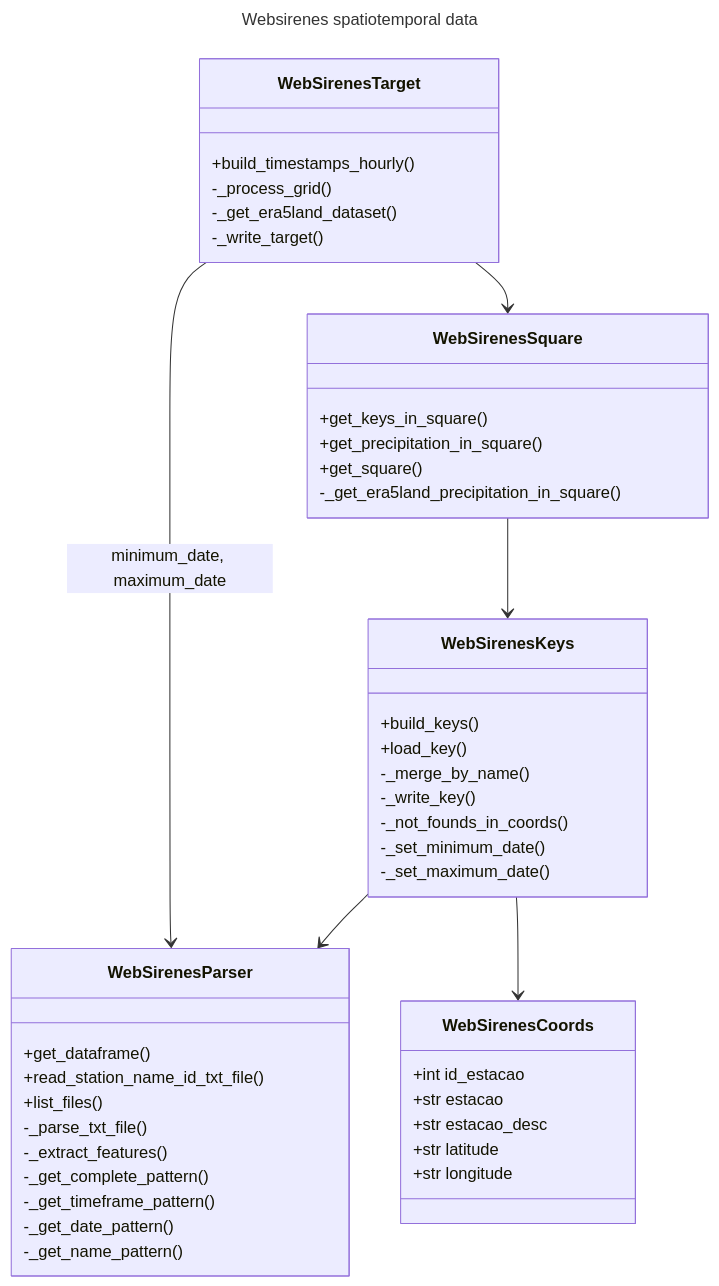
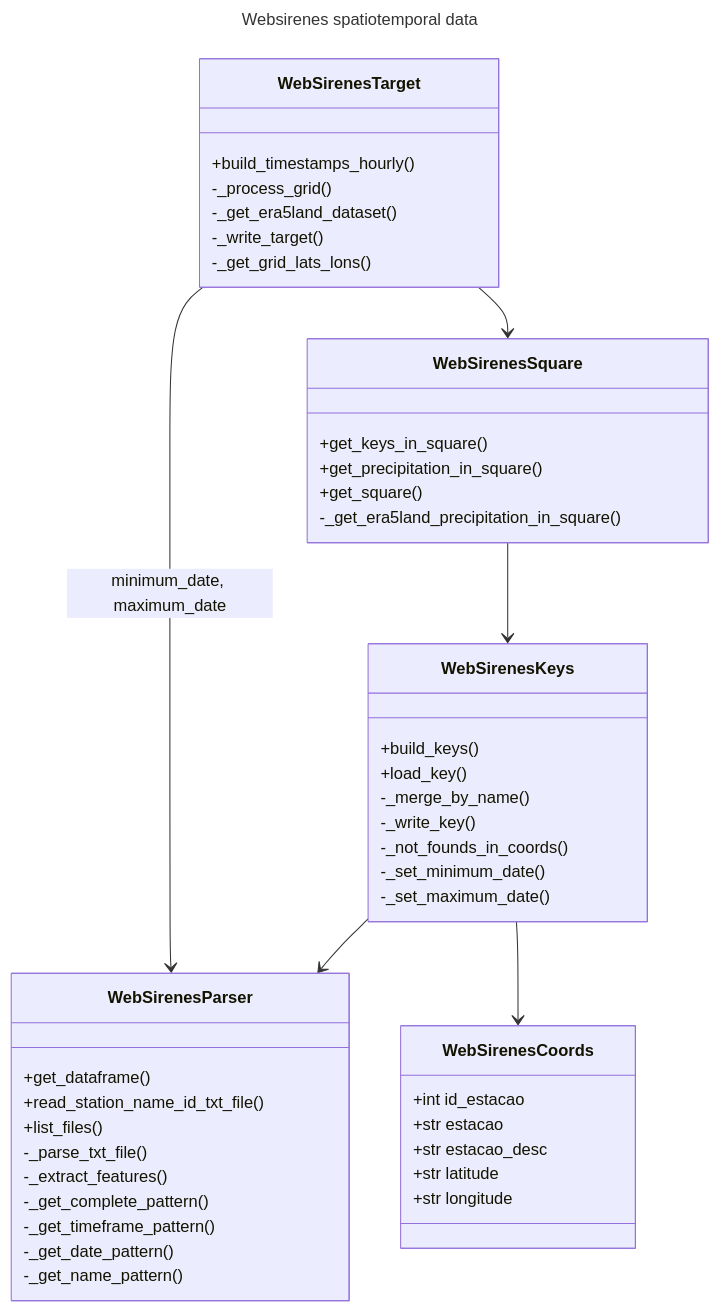
Before and after one commit to NietoCurcio/atmoseer: the diagram in src/spatiotemporal_builder/README.md, drawn with Mermaid. The commit also changed other lines of this file, not shown here.

````diff
--- a/src/spatiotemporal_builder/README.md
+++ b/src/spatiotemporal_builder/README.md
@@ -21,58 +25,59 @@
 ```mermaid
 ---
 title: Websirenes spatiotemporal data
 ---
 classDiagram
     class WebSirenesParser {
         +get_dataframe()
         +read_station_name_id_txt_file()
         +list_files()
         -_parse_txt_file()
         -_extract_features()
         -_get_complete_pattern()
         -_get_timeframe_pattern()
         -_get_date_pattern()
         -_get_name_pattern()
     }
 
     class WebSirenesCoords {
         +int id_estacao
         +str estacao
         +str estacao_desc
         +str latitude
         +str longitude
     }
 
     class WebSirenesKeys {
         +build_keys()
         +load_key()
         -_merge_by_name()
         -_write_key()
         -_not_founds_in_coords()
         -_set_minimum_date()
         -_set_maximum_date()
 
     }
 
     class WebSirenesSquare {
         +get_keys_in_square()
         +get_precipitation_in_square()
         +get_square()
         -_get_era5land_precipitation_in_square()
     }
 
     class WebSirenesTarget {
         +build_timestamps_hourly()
         -_process_grid()
         -_get_era5land_dataset()
         -_write_target()
+        -_get_grid_lats_lons()
     }
 
     WebSirenesKeys --> WebSirenesParser
     WebSirenesKeys --> WebSirenesCoords
 
     WebSirenesSquare --> WebSirenesKeys
 
     WebSirenesTarget --> WebSirenesParser: minimum_date, maximum_date
     WebSirenesTarget --> WebSirenesSquare
 ```
````
